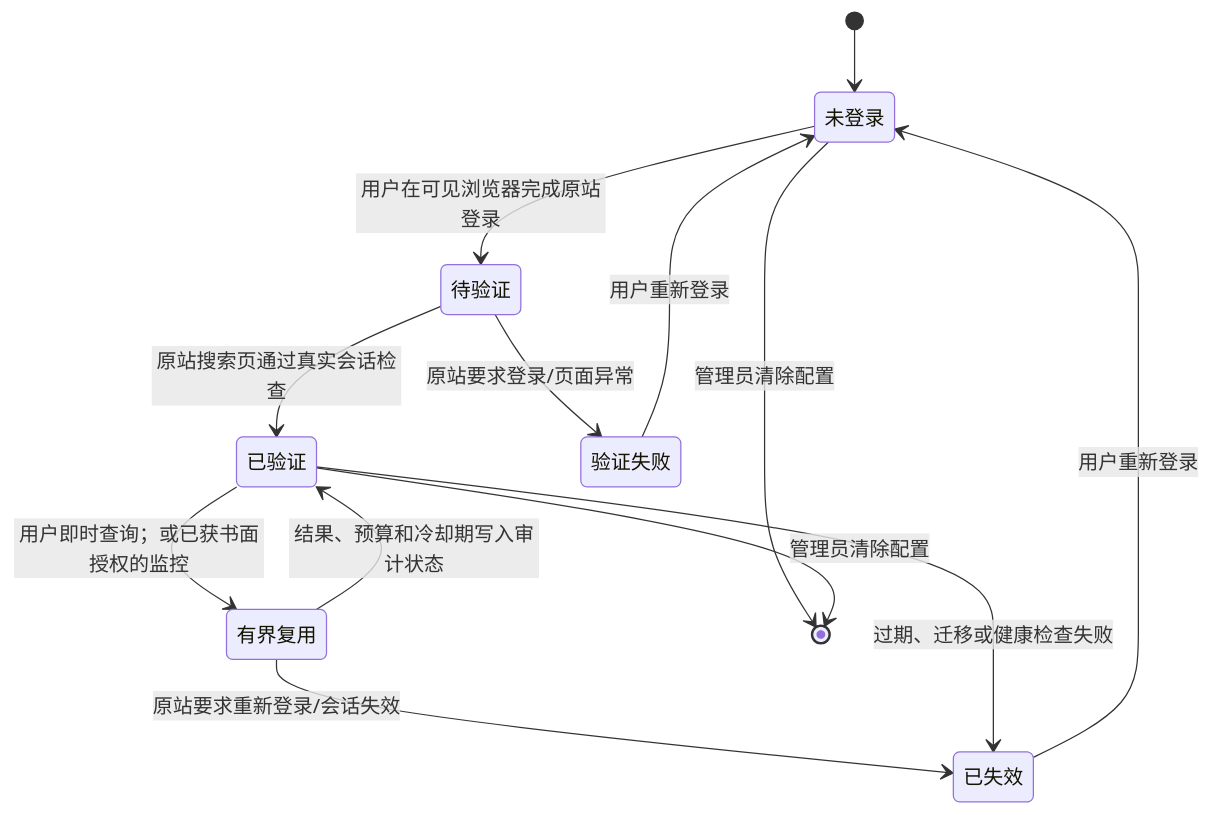
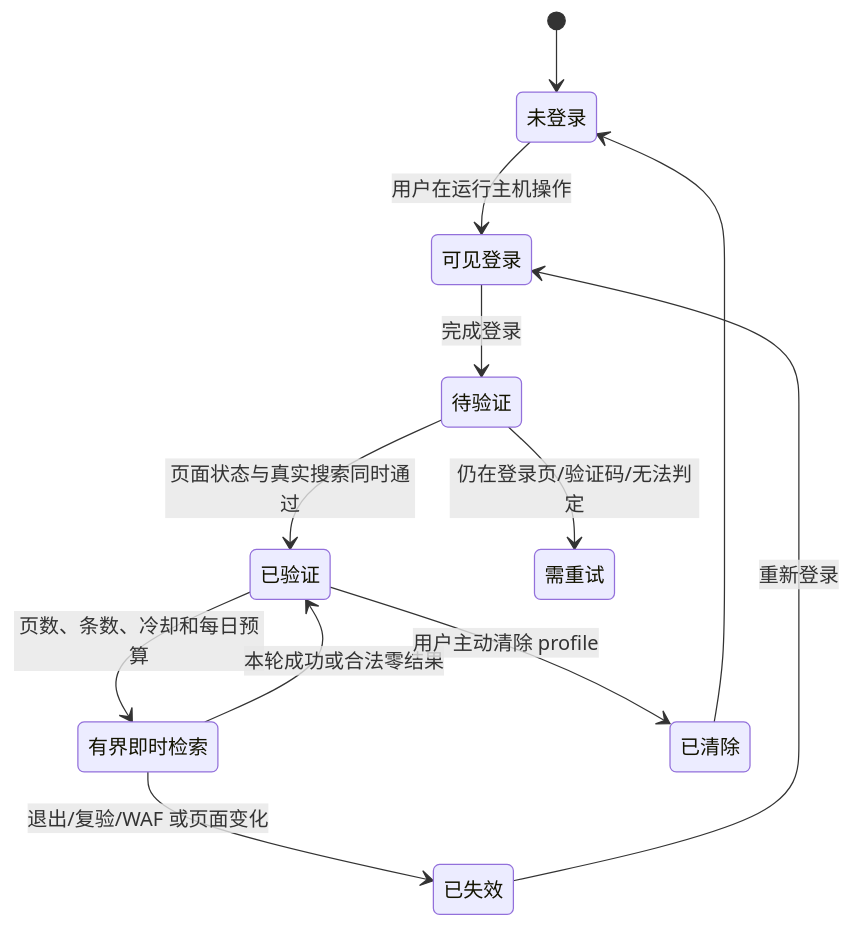
The third of 4 diagrams in docs/详设文档.md (gitchw/bidpilot), drawn with Mermaid before and after one commit. The commit also changed other lines of this file and 55 other files, not shown here.

````diff
--- a/docs/详设文档.md
+++ b/docs/详设文档.md
@@ -120,15 +129,14 @@
 ```mermaid
 stateDiagram-v2
     [*] --> 未登录
-    未登录 --> 待验证: 用户在可见浏览器完成原站登录
-    待验证 --> 已验证: 原站搜索页通过真实会话检查
-    待验证 --> 验证失败: 原站要求登录/页面异常
-    已验证 --> 有界复用: 用户即时查询；或已获书面授权的监控
-    有界复用 --> 已验证: 结果、预算和冷却期写入审计状态
-    有界复用 --> 已失效: 原站要求重新登录/会话失效
-    已验证 --> 已失效: 过期、迁移或健康检查失败
-    验证失败 --> 未登录: 用户重新登录
-    已失效 --> 未登录: 用户重新登录
-    未登录 --> [*]: 管理员清除配置
-    已验证 --> [*]: 管理员清除配置
+    未登录 --> 可见登录: 用户在运行主机操作
+    可见登录 --> 待验证: 完成登录
+    待验证 --> 已验证: 页面状态与真实搜索同时通过
+    待验证 --> 需重试: 仍在登录页/验证码/无法判定
+    已验证 --> 有界即时检索: 页数、条数、冷却和每日预算
+    有界即时检索 --> 已验证: 本轮成功或合法零结果
+    有界即时检索 --> 已失效: 退出/复验/WAF 或页面变化
+    已失效 --> 可见登录: 重新登录
+    已验证 --> 已清除: 用户主动清除 profile
+    已清除 --> 未登录
 ```
````
